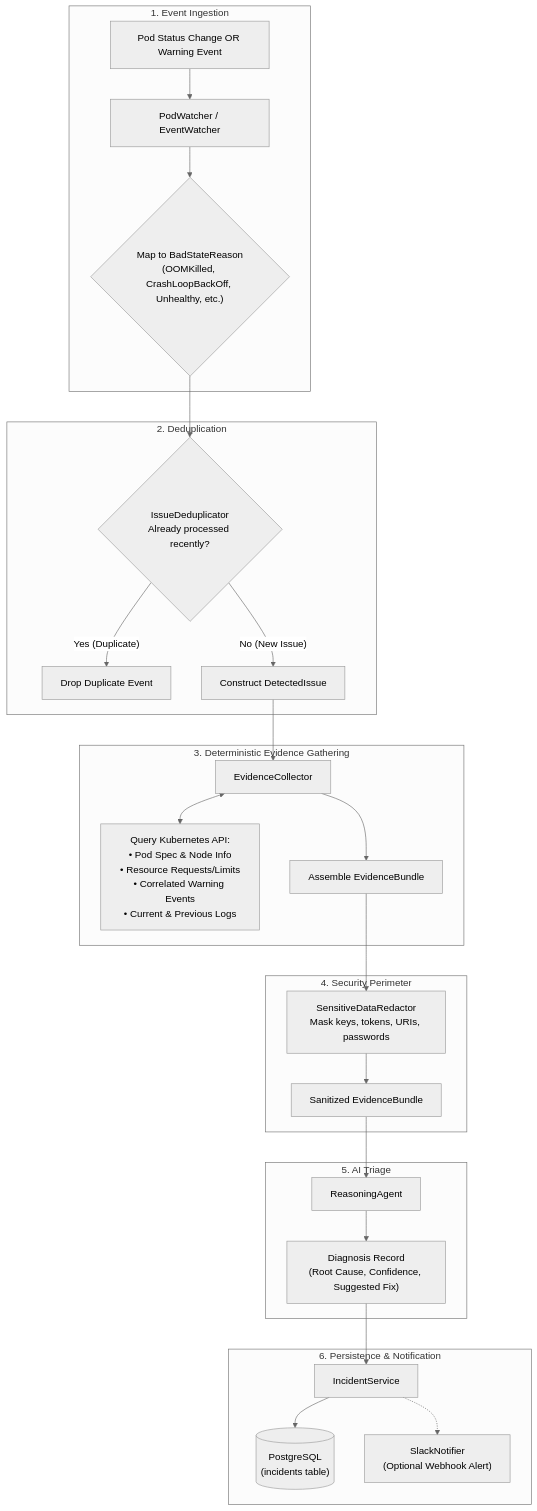
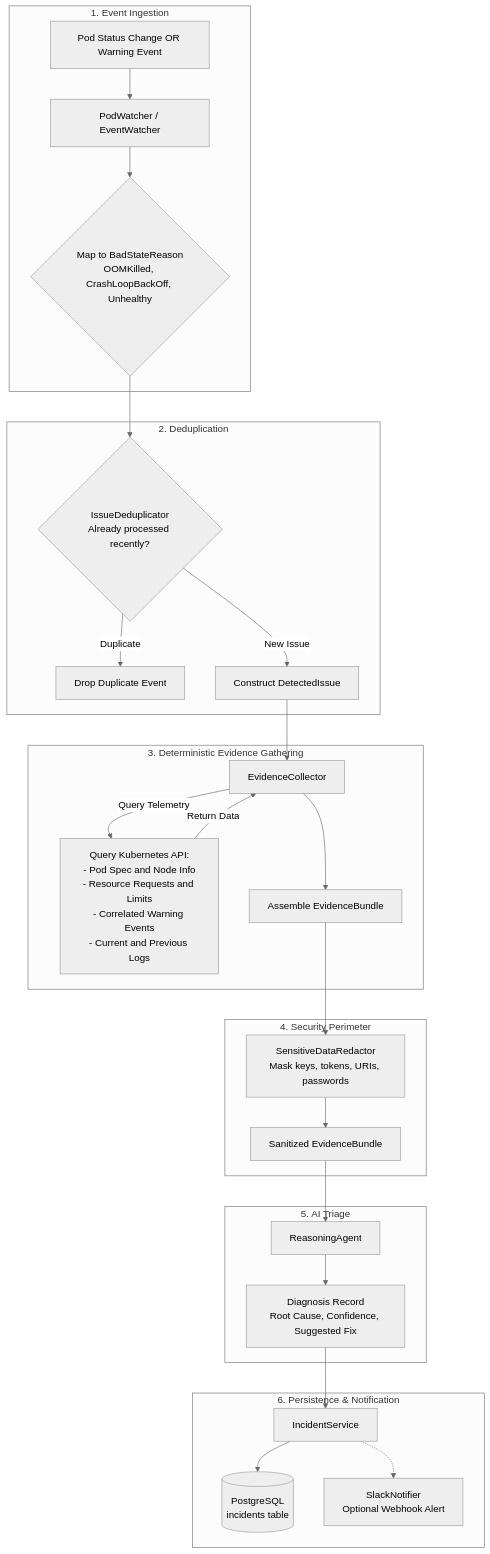
One commit to Sharan-0-dot/kubeon changed the second of 5 diagrams in README.md. Above: the diagram before and after it, drawn with Mermaid (neutral theme). The commit also changed other lines of this file and 1 other file, not shown here.

Commit message:
docs: fix GitHub Mermaid diagram syntax errors

````diff
--- a/README.md
+++ b/README.md
@@ -107,52 +107,53 @@
 ```mermaid
 flowchart TD
     subgraph EVENT_INGESTION["1. Event Ingestion"]
         POD_OR_EVENT["Pod Status Change OR Warning Event"]
         WATCHER["PodWatcher / EventWatcher"]
-        CLASSIFY{"Map to BadStateReason<br/>(OOMKilled, CrashLoopBackOff, Unhealthy, etc.)"}
+        CLASSIFY{"Map to BadStateReason<br/>OOMKilled, CrashLoopBackOff, Unhealthy"}
     end
 
     subgraph DEDUP["2. Deduplication"]
         DEDUP_CHECK{"IssueDeduplicator<br/>Already processed recently?"}
         DROP["Drop Duplicate Event"]
         DETECTED_ISSUE["Construct DetectedIssue"]
     end
 
     subgraph COLLECTION["3. Deterministic Evidence Gathering"]
         COLLECTOR["EvidenceCollector"]
-        K8S_FETCH["Query Kubernetes API:<br/>• Pod Spec & Node Info<br/>• Resource Requests/Limits<br/>• Correlated Warning Events<br/>• Current & Previous Logs"]
+        K8S_FETCH["Query Kubernetes API:<br/>- Pod Spec and Node Info<br/>- Resource Requests and Limits<br/>- Correlated Warning Events<br/>- Current and Previous Logs"]
         EVIDENCE_BUNDLE["Assemble EvidenceBundle"]
     end
 
     subgraph REDACTION["4. Security Perimeter"]
         REDACTOR["SensitiveDataRedactor<br/>Mask keys, tokens, URIs, passwords"]
         SANITIZED_BUNDLE["Sanitized EvidenceBundle"]
     end
 
     subgraph REASONING["5. AI Triage"]
         AGENT["ReasoningAgent"]
-        DIAGNOSIS["Diagnosis Record<br/>(Root Cause, Confidence, Suggested Fix)"]
+        DIAGNOSIS["Diagnosis Record<br/>Root Cause, Confidence, Suggested Fix"]
     end
 
     subgraph EGRESS["6. Persistence & Notification"]
         INCIDENT_SERVICE["IncidentService"]
-        PERSIST[("PostgreSQL<br/>(incidents table)")]
-        NOTIFY["SlackNotifier<br/>(Optional Webhook Alert)"]
+        PERSIST[("PostgreSQL<br/>incidents table")]
+        NOTIFY["SlackNotifier<br/>Optional Webhook Alert"]
     end
 
     POD_OR_EVENT --> WATCHER
     WATCHER --> CLASSIFY
     CLASSIFY --> DEDUP_CHECK
-    DEDUP_CHECK -- "Yes (Duplicate)" --> DROP
-    DEDUP_CHECK -- "No (New Issue)" --> DETECTED_ISSUE
+    DEDUP_CHECK -- Duplicate --> DROP
+    DEDUP_CHECK -- New Issue --> DETECTED_ISSUE
     DETECTED_ISSUE --> COLLECTOR
-    COLLECTOR <--> K8S_FETCH
+    COLLECTOR -->|Query Telemetry| K8S_FETCH
+    K8S_FETCH -->|Return Data| COLLECTOR
     COLLECTOR --> EVIDENCE_BUNDLE
     EVIDENCE_BUNDLE --> REDACTOR
     REDACTOR --> SANITIZED_BUNDLE
     SANITIZED_BUNDLE --> AGENT
     AGENT --> DIAGNOSIS
     DIAGNOSIS --> INCIDENT_SERVICE
     INCIDENT_SERVICE --> PERSIST
     INCIDENT_SERVICE -.-> NOTIFY
 ```
````
